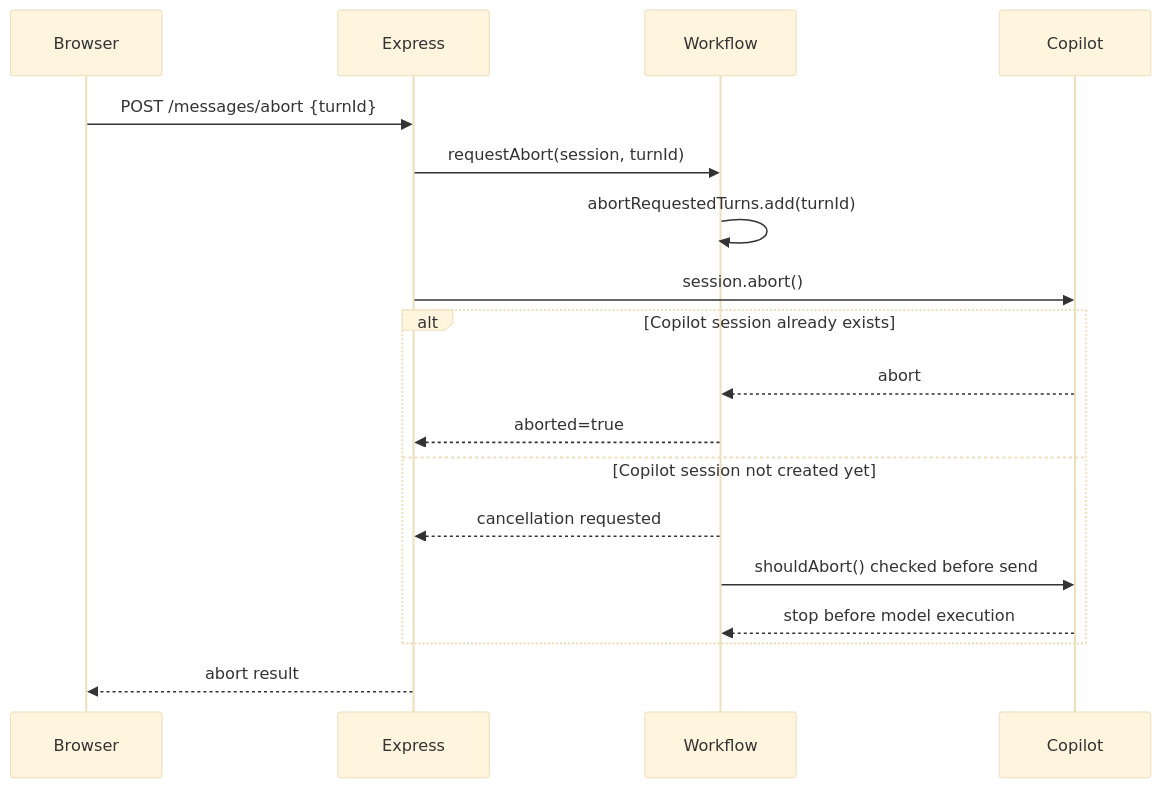
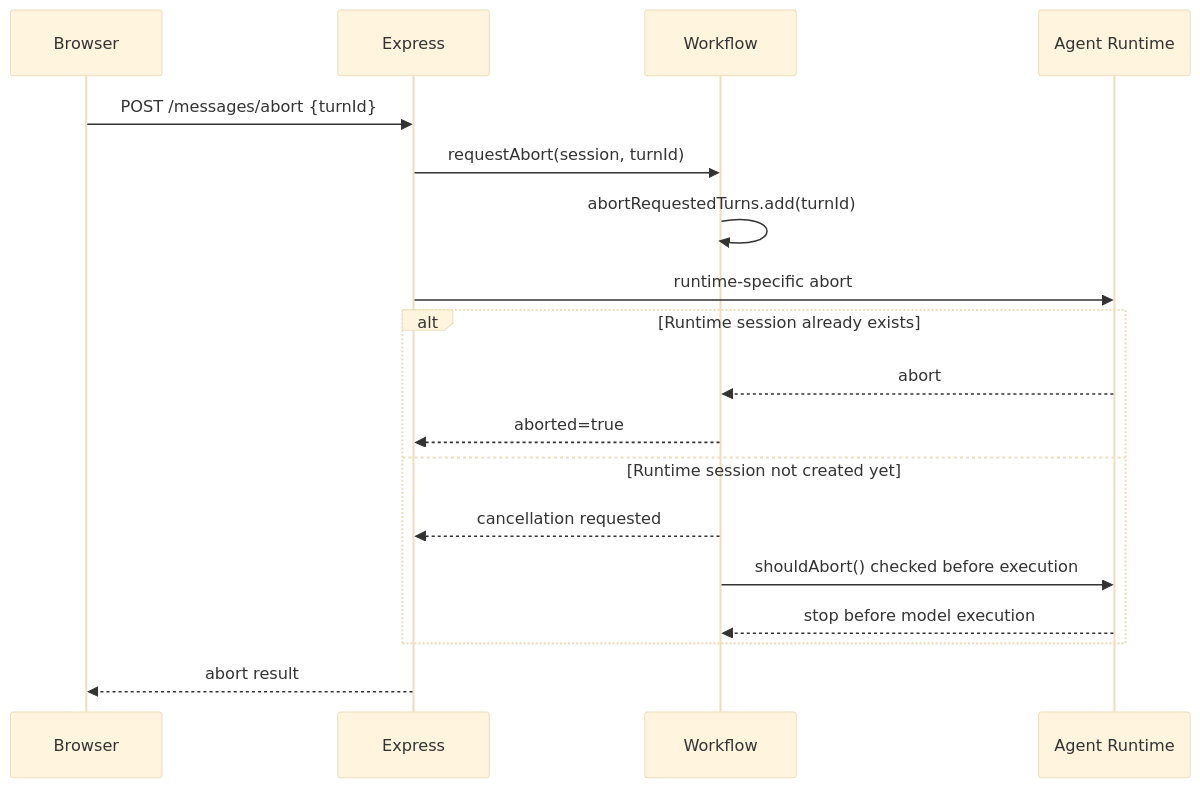
The fifth of 8 diagrams in docs/data-control-flow.md (saga/agentic-data-architect), drawn with Mermaid (base theme) before and after one commit. The commit also changed other lines of this file, not shown here.

Commit message:
docs: align data-control-flow with runtime-neutral restart and Stop lifecycle

```diff
--- a/docs/data-control-flow.md
+++ b/docs/data-control-flow.md
@@ -220,23 +226,23 @@
 ~~~mermaid
 sequenceDiagram
     participant U as Browser
     participant API as Express
     participant W as Workflow
-    participant CP as Copilot
+    participant RT as Agent Runtime
 
     U->>API: POST /messages/abort {turnId}
     API->>W: requestAbort(session, turnId)
     W->>W: abortRequestedTurns.add(turnId)
-    API->>CP: session.abort()
+    API->>RT: runtime-specific abort
 
-    alt Copilot session already exists
-        CP-->>W: abort
+    alt Runtime session already exists
+        RT-->>W: abort
         W-->>API: aborted=true
-    else Copilot session not created yet
+    else Runtime session not created yet
         W-->>API: cancellation requested
-        W->>CP: shouldAbort() checked before send
-        CP-->>W: stop before model execution
+        W->>RT: shouldAbort() checked before execution
+        RT-->>W: stop before model execution
     end
 
     API-->>U: abort result
 ~~~
```
